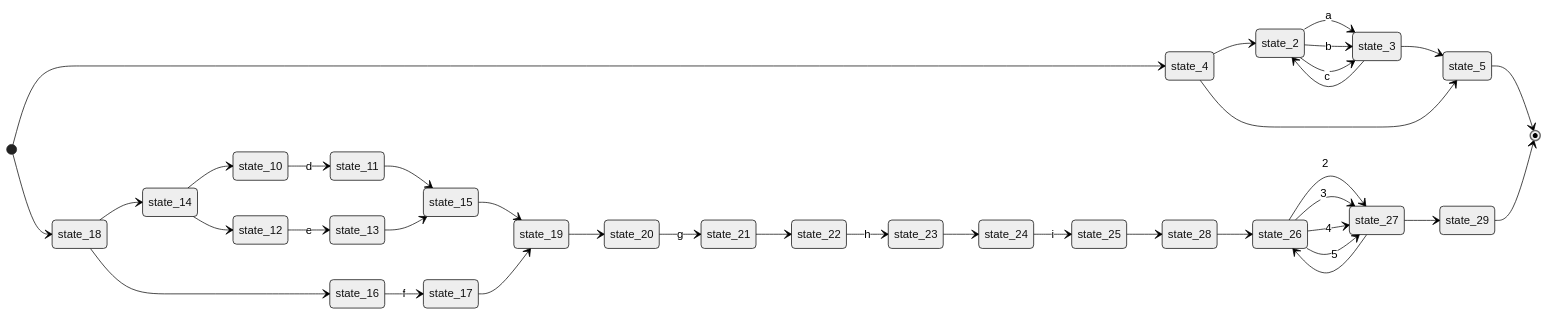
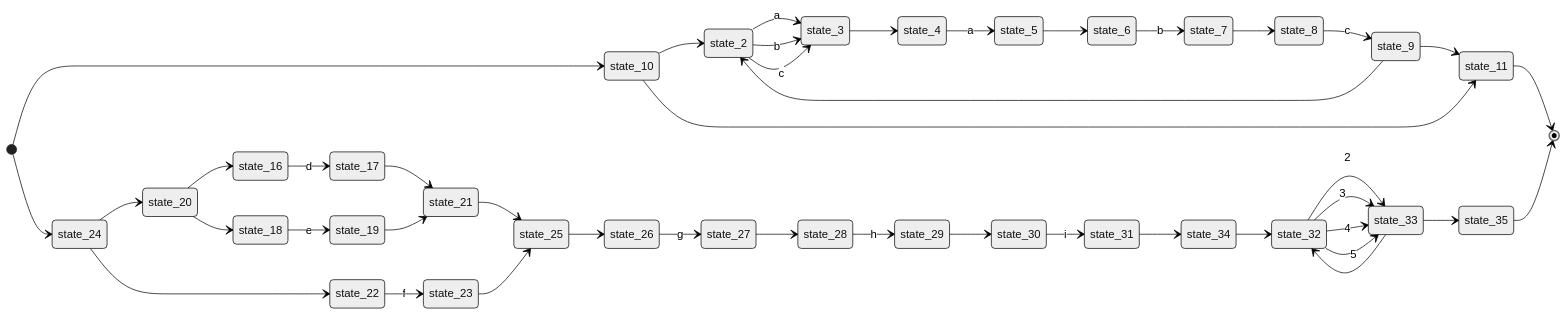
Diagram 22 of 24 in regex_visualize.md (ZZH-Finalize/Generic-Laxer), drawn with Mermaid (neutral theme) before and after one commit. The commit also changed other lines of this file and 1 other file, not shown here.

Commit message:
update document

````diff
--- a/regex_visualize.md
+++ b/regex_visualize.md
@@ -271,41 +271,47 @@
 ```mermaid
 stateDiagram-v2
 direction LR
 
 state_2 --> state_3 : a
 state_2 --> state_3 : b
 state_2 --> state_3 : c
-state_3 --> state_5
-state_3 --> state_2
-state_4 --> state_2
-state_4 --> state_5
-state_5 --> [*]
-state_10 --> state_11 : d
-state_11 --> state_15
-state_12 --> state_13 : e
-state_13 --> state_15
-state_14 --> state_10
-state_14 --> state_12
-state_15 --> state_19
-state_16 --> state_17 : f
-state_17 --> state_19
-state_18 --> state_14
-state_18 --> state_16
-state_19 --> state_20
-state_20 --> state_21 : g
-state_21 --> state_22
-state_22 --> state_23 : h
-state_23 --> state_24
-state_24 --> state_25 : i
-state_25 --> state_28
-state_26 --> state_27 : 2
-state_26 --> state_27 : 3
-state_26 --> state_27 : 4
-state_26 --> state_27 : 5
-state_27 --> state_29
-state_27 --> state_26
-state_28 --> state_26
-state_29 --> [*]
-[*] --> state_4
-[*] --> state_18
+state_3 --> state_4
+state_4 --> state_5 : a
+state_5 --> state_6
+state_6 --> state_7 : b
+state_7 --> state_8
+state_8 --> state_9 : c
+state_9 --> state_11
+state_9 --> state_2
+state_10 --> state_2
+state_10 --> state_11
+state_11 --> [*]
+state_16 --> state_17 : d
+state_17 --> state_21
+state_18 --> state_19 : e
+state_19 --> state_21
+state_20 --> state_16
+state_20 --> state_18
+state_21 --> state_25
+state_22 --> state_23 : f
+state_23 --> state_25
+state_24 --> state_20
+state_24 --> state_22
+state_25 --> state_26
+state_26 --> state_27 : g
+state_27 --> state_28
+state_28 --> state_29 : h
+state_29 --> state_30
+state_30 --> state_31 : i
+state_31 --> state_34
+state_32 --> state_33 : 2
+state_32 --> state_33 : 3
+state_32 --> state_33 : 4
+state_32 --> state_33 : 5
+state_33 --> state_35
+state_33 --> state_32
+state_34 --> state_32
+state_35 --> [*]
+[*] --> state_10
+[*] --> state_24
 ```
````
